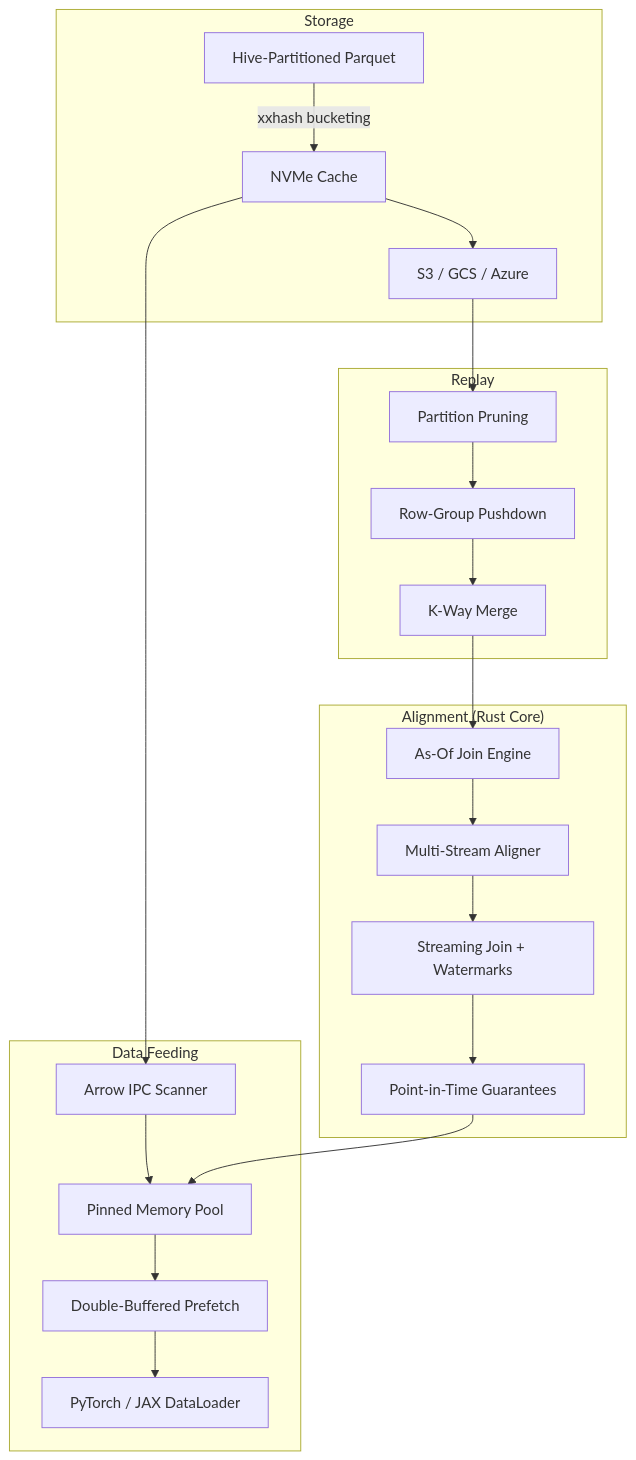
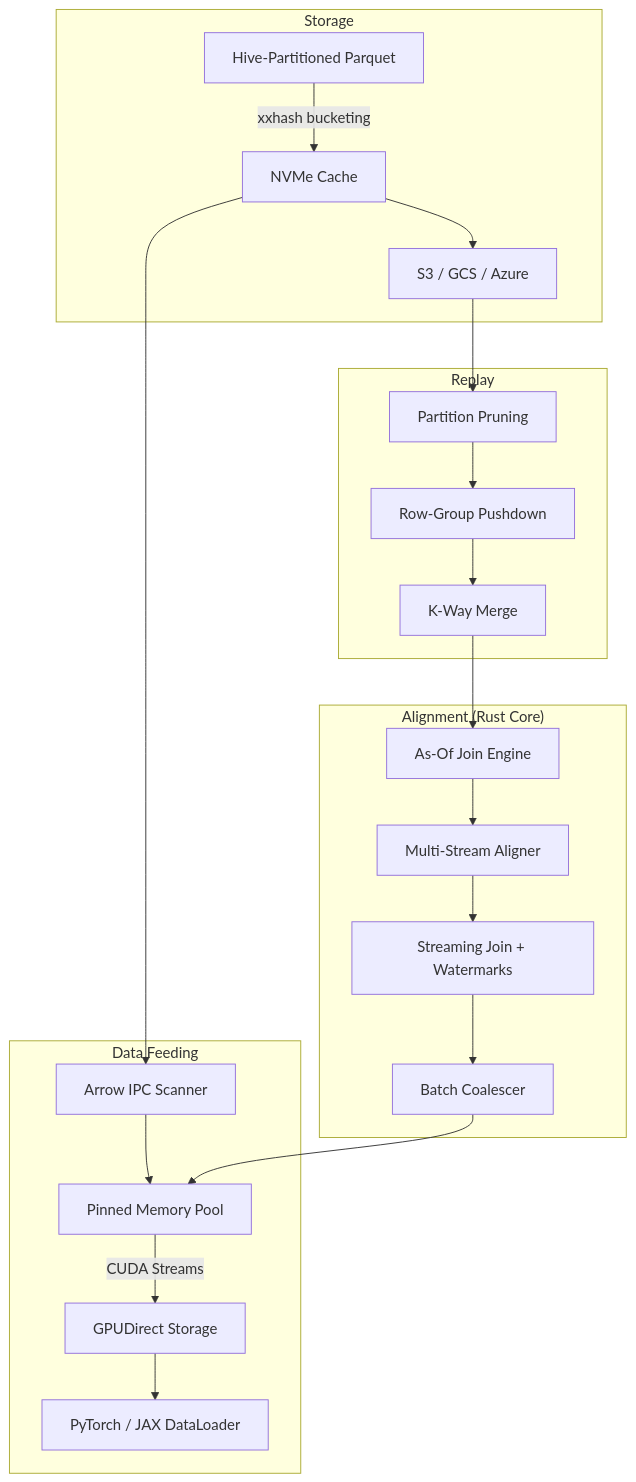
One commit to RyanJHamby/FlowState changed the diagram in README.md. Above: the diagram before and after it, drawn with Mermaid. The commit also changed other lines of this file, not shown here.

````diff
--- a/README.md
+++ b/README.md
@@ -31,29 +20,29 @@
 ```mermaid
 graph TD
     subgraph Storage
         A[Hive-Partitioned Parquet] -->|xxhash bucketing| B[NVMe Cache]
         B --> C[S3 / GCS / Azure]
     end
 
     subgraph Replay
         D[Partition Pruning] --> E[Row-Group Pushdown]
         E --> F[K-Way Merge]
     end
 
     subgraph "Alignment (Rust Core)"
         G[As-Of Join Engine] --> H[Multi-Stream Aligner]
         H --> I[Streaming Join + Watermarks]
-        I --> J[Point-in-Time Guarantees]
+        I --> J[Batch Coalescer]
     end
 
-    subgraph Data Feeding
+    subgraph "Data Feeding"
         K[Arrow IPC Scanner] --> L[Pinned Memory Pool]
-        L --> M[Double-Buffered Prefetch]
+        L -->|CUDA Streams| M[GPUDirect Storage]
         M --> N[PyTorch / JAX DataLoader]
     end
 
     C --> D
     B --> K
     F --> G
     J --> L
 ```
````
